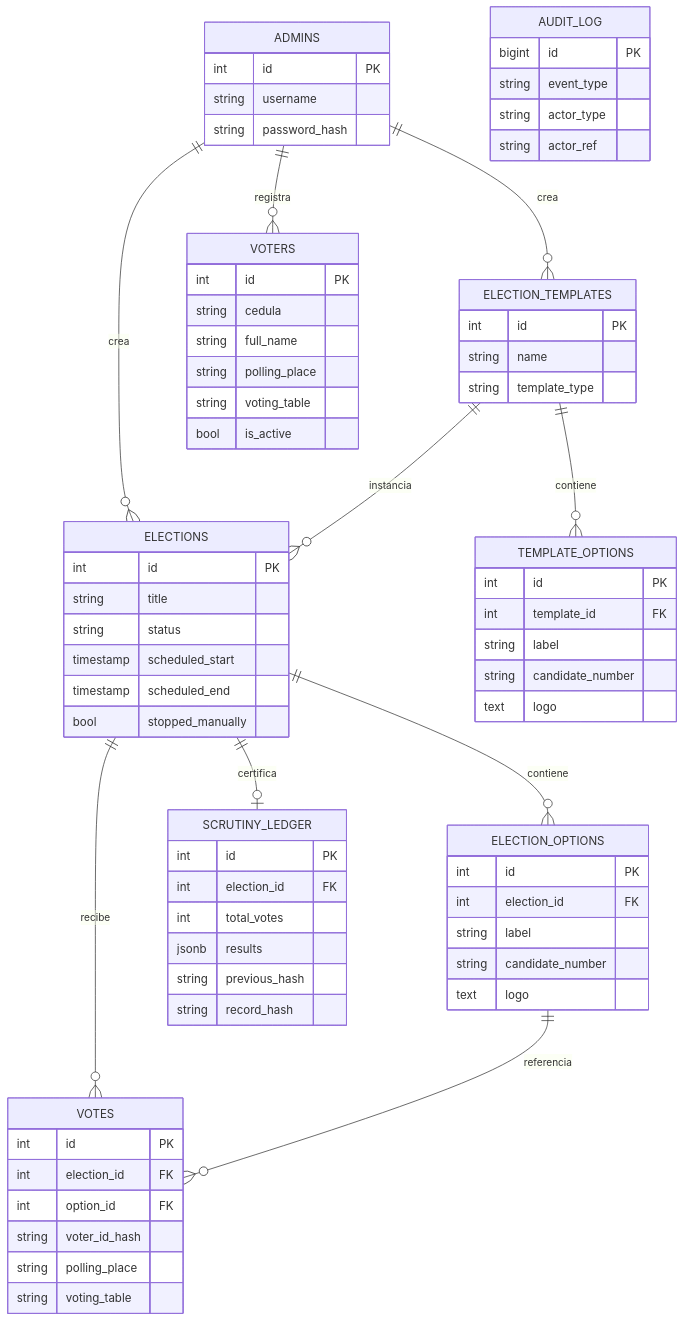
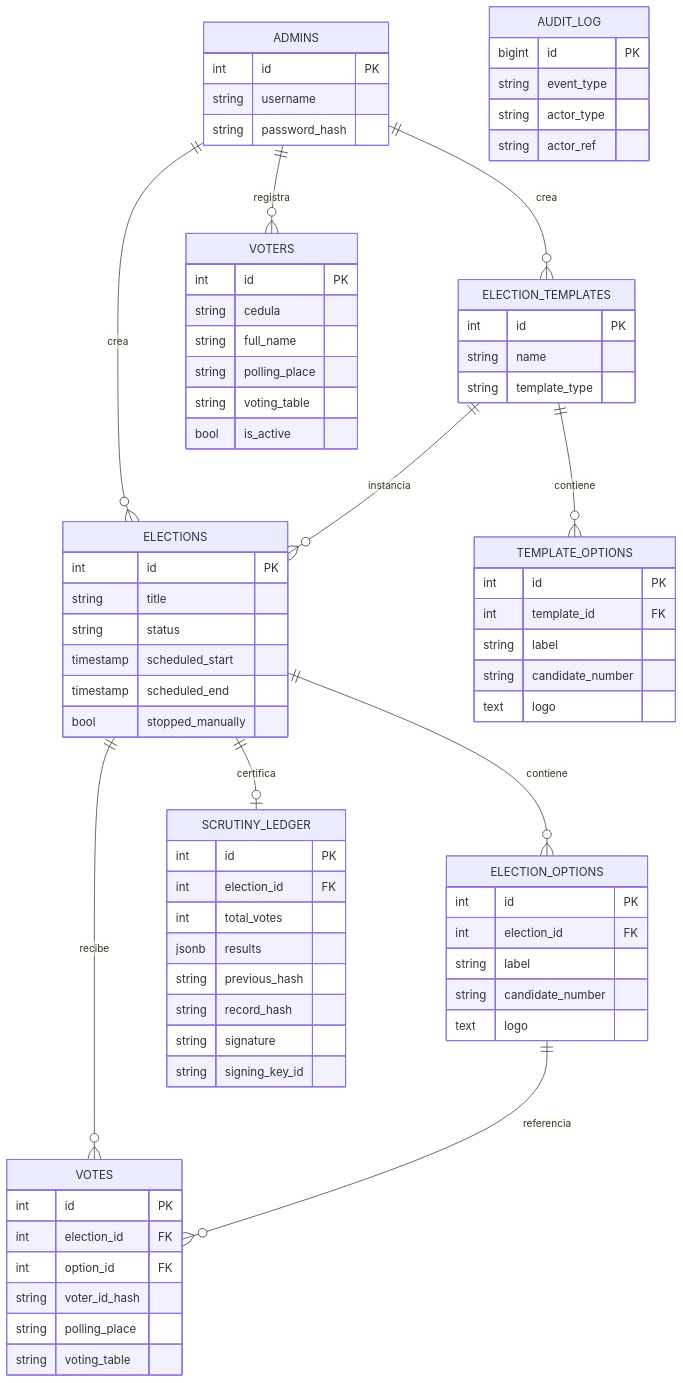
The seventh of 7 diagrams in docs/manual-arquitectura.md (NicolasPineda1421/LiveMetric), drawn with Mermaid before and after one commit. The commit also changed other lines of this file and 39 other files, not shown here.

````diff
--- a/docs/manual-arquitectura.md
+++ b/docs/manual-arquitectura.md
@@ -365,75 +367,77 @@
 ```mermaid
 erDiagram
     ADMINS ||--o{ ELECTION_TEMPLATES : crea
     ADMINS ||--o{ ELECTIONS : crea
     ADMINS ||--o{ VOTERS : registra
     ELECTION_TEMPLATES ||--o{ TEMPLATE_OPTIONS : contiene
     ELECTION_TEMPLATES ||--o{ ELECTIONS : instancia
     ELECTIONS ||--o{ ELECTION_OPTIONS : contiene
     ELECTIONS ||--o{ VOTES : recibe
     ELECTION_OPTIONS ||--o{ VOTES : referencia
     ELECTIONS ||--o| SCRUTINY_LEDGER : certifica
 
     ADMINS {
         int id PK
         string username
         string password_hash
     }
     VOTERS {
         int id PK
         string cedula
         string full_name
         string polling_place
         string voting_table
         bool is_active
     }
     ELECTION_TEMPLATES {
         int id PK
         string name
         string template_type
     }
     TEMPLATE_OPTIONS {
         int id PK
         int template_id FK
         string label
         string candidate_number
         text logo
     }
     ELECTIONS {
         int id PK
         string title
         string status
         timestamp scheduled_start
         timestamp scheduled_end
         bool stopped_manually
     }
     ELECTION_OPTIONS {
         int id PK
         int election_id FK
         string label
         string candidate_number
         text logo
     }
     VOTES {
         int id PK
         int election_id FK
         int option_id FK
         string voter_id_hash
         string polling_place
         string voting_table
     }
     SCRUTINY_LEDGER {
         int id PK
         int election_id FK
         int total_votes
         jsonb results
         string previous_hash
         string record_hash
+        string signature
+        string signing_key_id
     }
     AUDIT_LOG {
         bigint id PK
         string event_type
         string actor_type
         string actor_ref
     }
 ```
````
